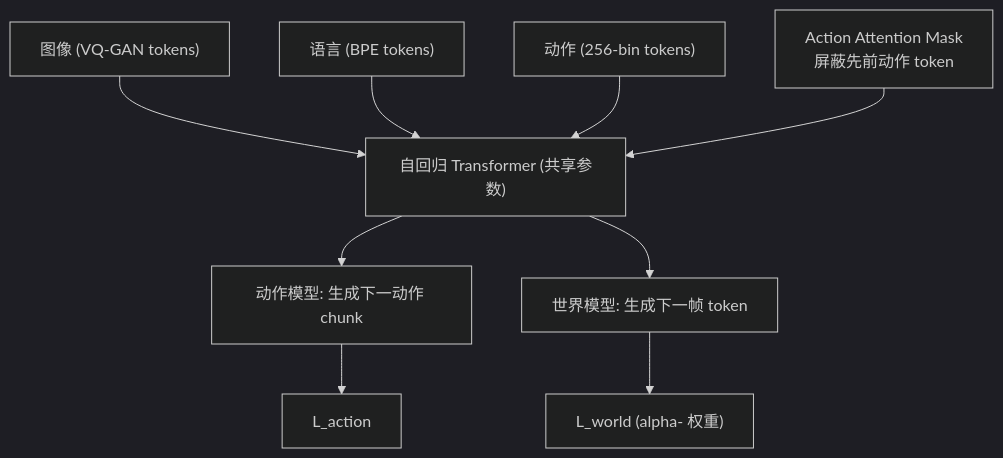
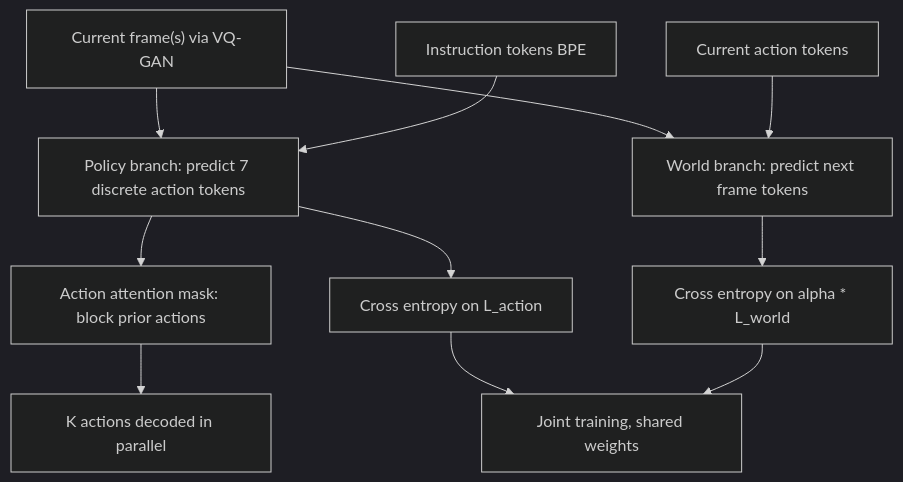
Before and after one commit to luohu-arch/physical_intelligence_study: the diagram in notes/world-model/worldvla.md, drawn with Mermaid (dark theme). The commit also changed other lines of this file and 22 other files, not shown here.

````diff
--- a/notes/world-model/worldvla.md
+++ b/notes/world-model/worldvla.md
@@ -23,11 +24,13 @@
 ```mermaid
 graph TD
-    IMG["图像 (VQ-GAN tokens)"] --> AR["自回归 Transformer (共享参数)"]
-    TEXT["语言 (BPE tokens)"] --> AR
-    ACT["动作 (256-bin tokens)"] --> AR
-    AR --> A1["动作模型: 生成下一动作 chunk"]
-    AR --> W1["世界模型: 生成下一帧 token"]
-    MASK["Action Attention Mask<br/>屏蔽先前动作 token"] --> AR
-    A1 --> LOSS1["L_action"]
-    W1 --> LOSS2["L_world (alpha- 权重)"]
+    IMG["Current frame(s) via VQ-GAN"] --> ACT["Policy branch: predict 7 discrete action tokens"]
+    TXT["Instruction tokens BPE"] --> ACT
+    IMG --> WM["World branch: predict next frame tokens"]
+    ACTW["Current action tokens"] --> WM
+    ACT --> MASK["Action attention mask: block prior actions"]
+    MASK --> OUT["K actions decoded in parallel"]
+    ACT --> LOSSA["Cross entropy on L_action"]
+    WM --> LOSSW["Cross entropy on alpha * L_world"]
+    LOSSA --> TOT["Joint training, shared weights"]
+    LOSSW --> TOT
 ```
````
